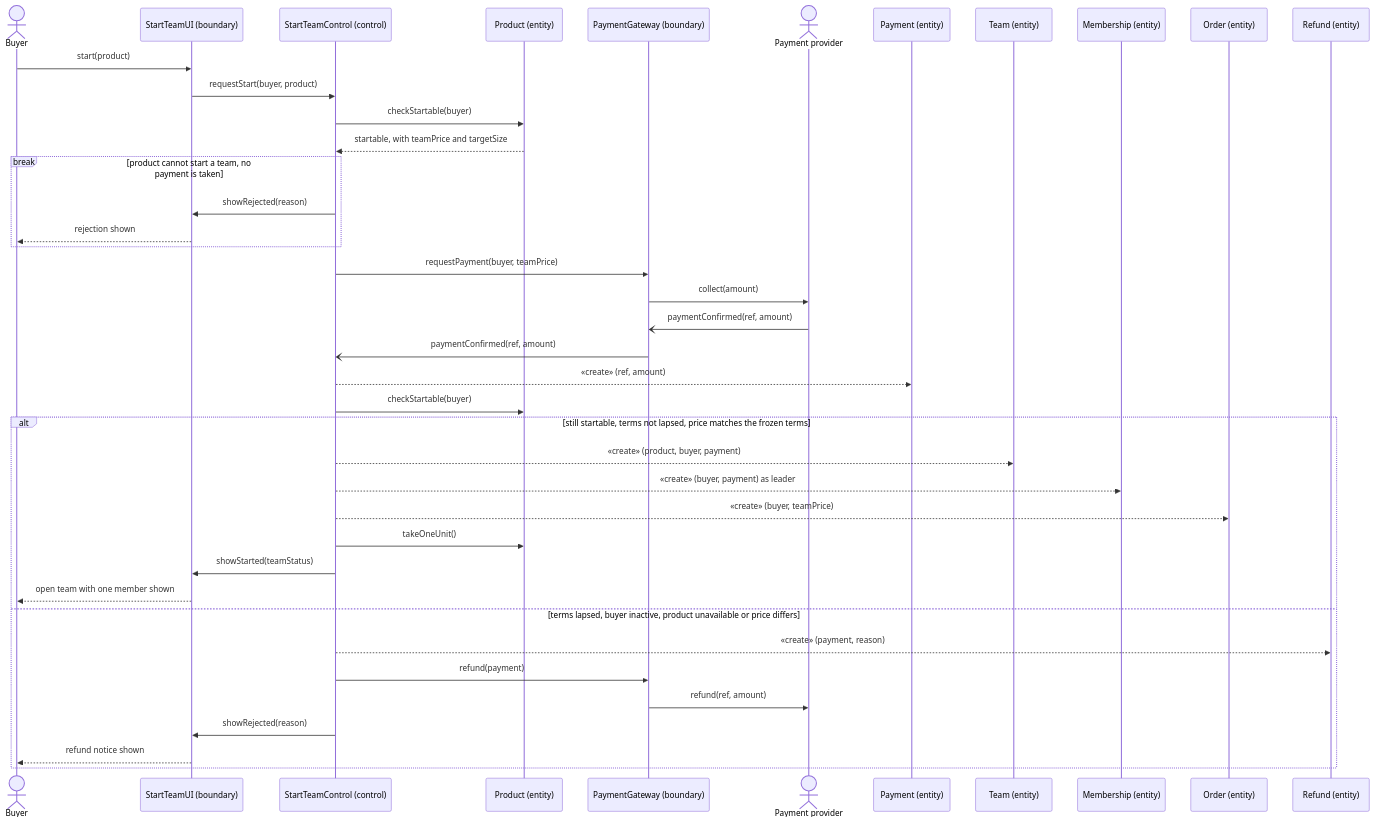
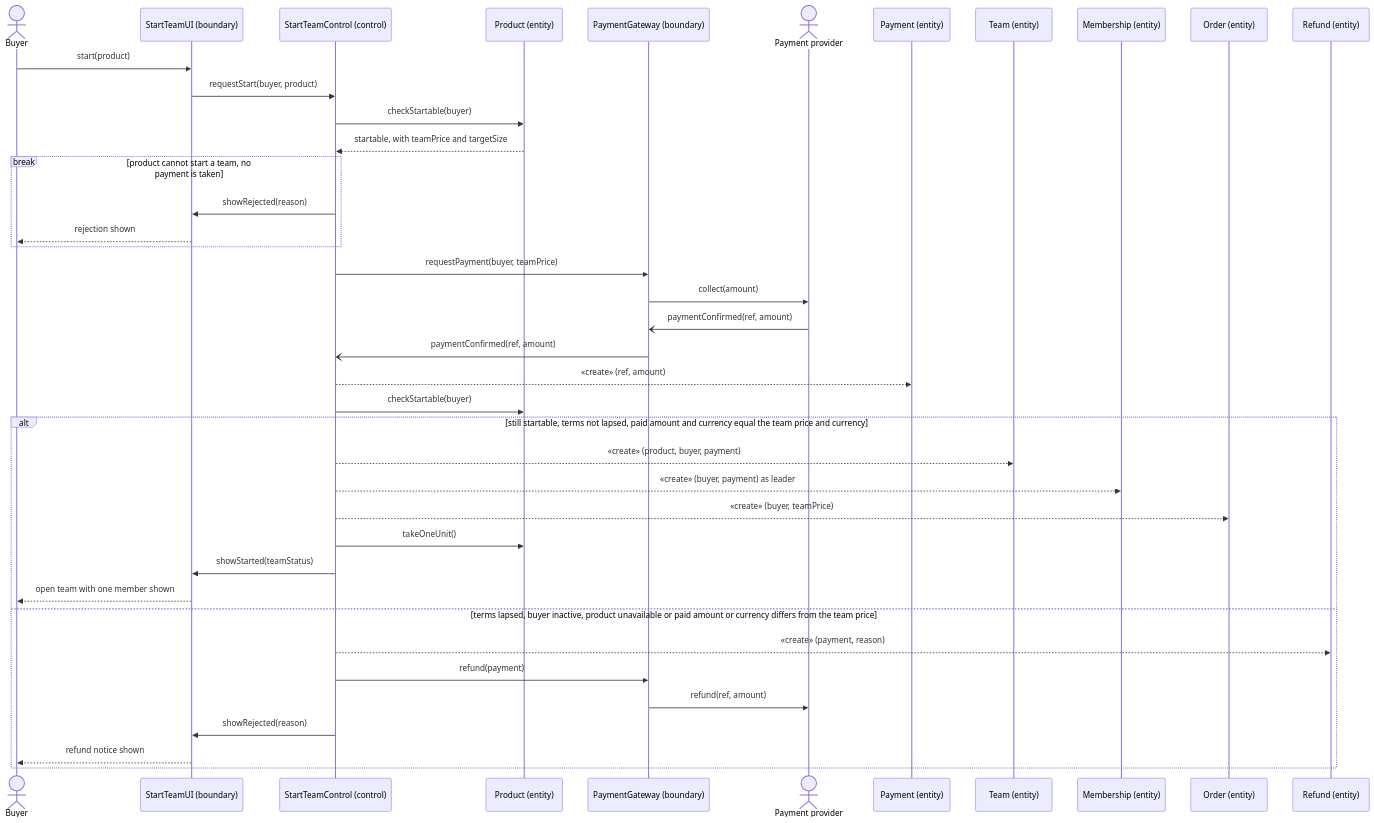
The second of 11 diagrams in docs/swe5006/report-drafts/eric-wang-contribution.md (PPsyrius/iss-groupbuy-team8), drawn with Mermaid before and after one commit. The commit also changed other lines of this file and 6 other files, not shown here.

````diff
--- a/docs/swe5006/report-drafts/eric-wang-contribution.md
+++ b/docs/swe5006/report-drafts/eric-wang-contribution.md
@@ -136,43 +136,43 @@
 ```mermaid
 sequenceDiagram
     actor Buyer
     participant UI as StartTeamUI (boundary)
     participant Ctl as StartTeamControl (control)
     participant Prod as Product (entity)
     participant PG as PaymentGateway (boundary)
     actor Provider as Payment provider
     participant Pay as Payment (entity)
     participant Team as Team (entity)
     participant Mem as Membership (entity)
     participant Ord as Order (entity)
     participant Ref as Refund (entity)
 
     Buyer->>UI: start(product)
     UI->>Ctl: requestStart(buyer, product)
     Ctl->>Prod: checkStartable(buyer)
     Prod-->>Ctl: startable, with teamPrice and targetSize
     break product cannot start a team, no payment is taken
         Ctl->>UI: showRejected(reason)
         UI-->>Buyer: rejection shown
     end
     Ctl->>PG: requestPayment(buyer, teamPrice)
     PG->>Provider: collect(amount)
     Provider-)PG: paymentConfirmed(ref, amount)
     PG-)Ctl: paymentConfirmed(ref, amount)
     Ctl-->>Pay: «create» (ref, amount)
     Ctl->>Prod: checkStartable(buyer)
-    alt still startable, terms not lapsed, price matches the frozen terms
+    alt still startable, terms not lapsed, paid amount and currency equal the team price and currency
         Ctl-->>Team: «create» (product, buyer, payment)
         Ctl-->>Mem: «create» (buyer, payment) as leader
         Ctl-->>Ord: «create» (buyer, teamPrice)
         Ctl->>Prod: takeOneUnit()
         Ctl->>UI: showStarted(teamStatus)
         UI-->>Buyer: open team with one member shown
-    else terms lapsed, buyer inactive, product unavailable or price differs
+    else terms lapsed, buyer inactive, product unavailable or paid amount or currency differs from the team price
         Ctl-->>Ref: «create» (payment, reason)
         Ctl->>PG: refund(payment)
         PG->>Provider: refund(ref, amount)
         Ctl->>UI: showRejected(reason)
         UI-->>Buyer: refund notice shown
     end
 ```
````
